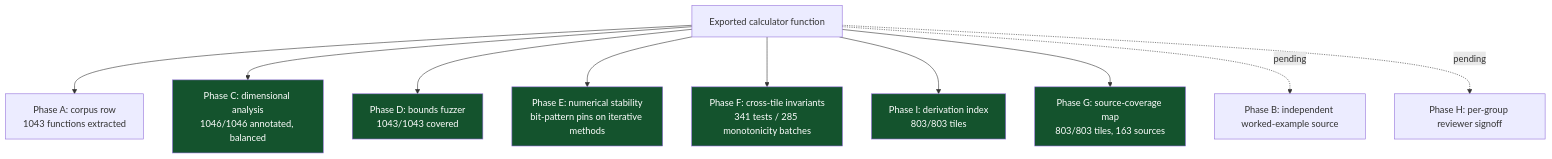
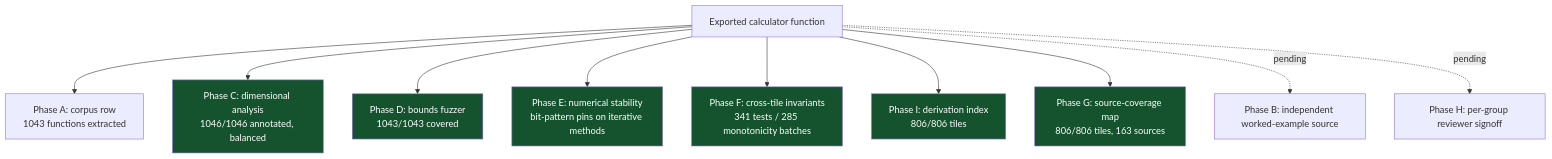
The sixth of 8 diagrams in README.md (clay-good/roughlogic.com), drawn with Mermaid before and after one commit. The commit also changed other lines of this file and 20 other files, not shown here.

````diff
--- a/README.md
+++ b/README.md
@@ -519,18 +519,18 @@
 ```mermaid
 flowchart TB
     F[Exported calculator function] --> A[Phase A: corpus row\n1043 functions extracted]
     F --> C[Phase C: dimensional analysis\n1046/1046 annotated, balanced]
     F --> D[Phase D: bounds fuzzer\n1043/1043 covered]
     F --> E[Phase E: numerical stability\nbit-pattern pins on iterative methods]
     F --> Fa[Phase F: cross-tile invariants\n341 tests / 285 monotonicity batches]
-    F --> I[Phase I: derivation index\n803/803 tiles]
-    F --> G[Phase G: source-coverage map\n803/803 tiles, 163 sources]
+    F --> I[Phase I: derivation index\n806/806 tiles]
+    F --> G[Phase G: source-coverage map\n806/806 tiles, 163 sources]
     F -.pending.-> B[Phase B: independent worked-example source]
     F -.pending.-> H[Phase H: per-group reviewer signoff]
     style C fill:#14532d,color:#fff
     style D fill:#14532d,color:#fff
     style E fill:#14532d,color:#fff
     style Fa fill:#14532d,color:#fff
     style G fill:#14532d,color:#fff
     style I fill:#14532d,color:#fff
 ```
````
